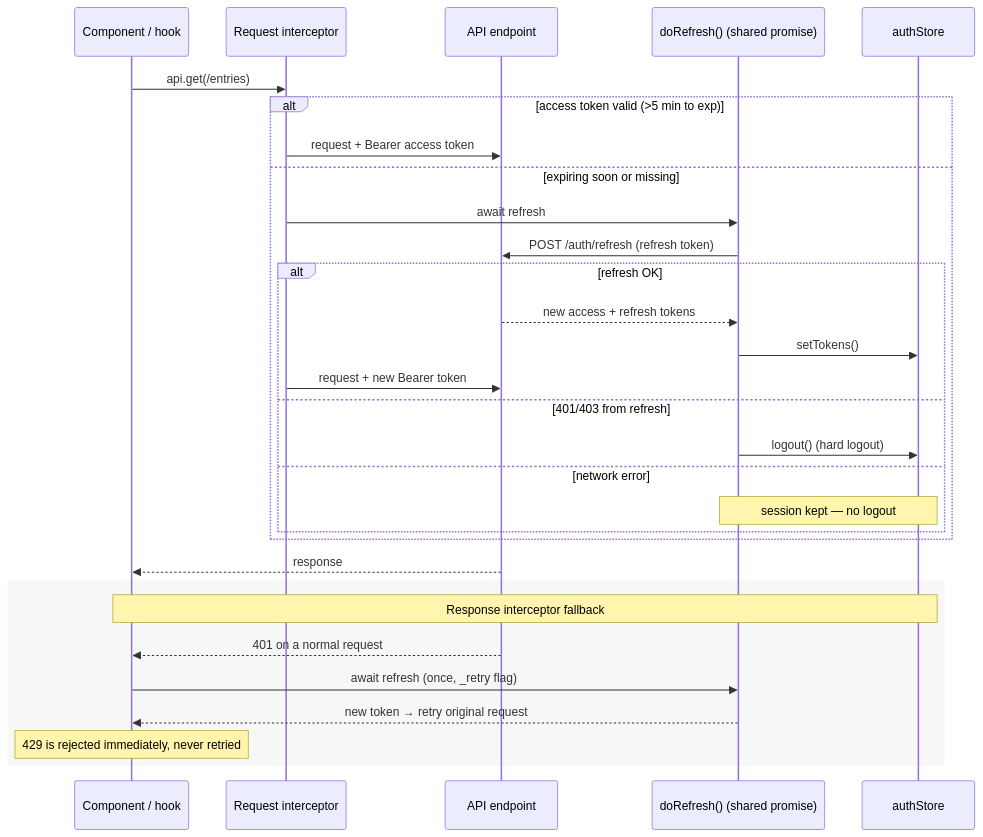
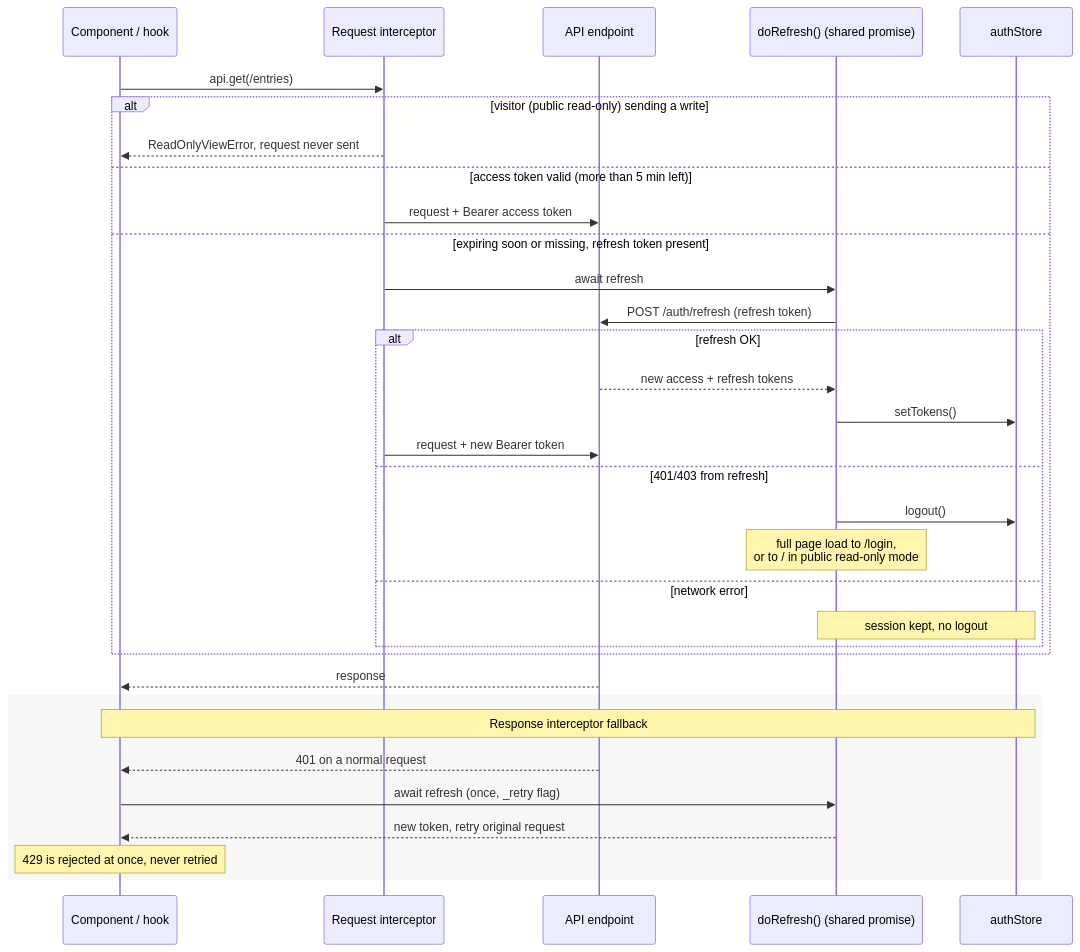
One commit to a-oneil/IntelFeed changed the diagram in docs/diagrams/frontend-jwt-refresh.md. Above: the diagram before and after it, drawn with Mermaid. The commit also changed other lines of this file and 101 other files, not shown here.

````diff
--- a/docs/diagrams/frontend-jwt-refresh.md
+++ b/docs/diagrams/frontend-jwt-refresh.md
@@ -8,35 +5,38 @@
 ```mermaid
 sequenceDiagram
     participant C as Component / hook
     participant RI as Request interceptor
     participant A as API endpoint
     participant RP as doRefresh() (shared promise)
     participant AS as authStore
 
     C->>RI: api.get(/entries)
-    alt access token valid (>5 min to exp)
+    alt visitor (public read-only) sending a write
+        RI-->>C: ReadOnlyViewError, request never sent
+    else access token valid (more than 5 min left)
         RI->>A: request + Bearer access token
-    else expiring soon or missing
+    else expiring soon or missing, refresh token present
         RI->>RP: await refresh
         RP->>A: POST /auth/refresh (refresh token)
         alt refresh OK
             A-->>RP: new access + refresh tokens
             RP->>AS: setTokens()
             RI->>A: request + new Bearer token
         else 401/403 from refresh
-            RP->>AS: logout() (hard logout)
+            RP->>AS: logout()
+            Note over RP: full page load to /login,<br/>or to / in public read-only mode
         else network error
-            Note over RP,AS: session kept — no logout
+            Note over RP,AS: session kept, no logout
         end
     end
 
     A-->>C: response
 
     rect rgba(200,200,200,0.15)
         Note over C,AS: Response interceptor fallback
         A-->>C: 401 on a normal request
         C->>RP: await refresh (once, _retry flag)
-        RP-->>C: new token → retry original request
-        Note over C: 429 is rejected immediately, never retried
+        RP-->>C: new token, retry original request
+        Note over C: 429 is rejected at once, never retried
     end
 ```
````
